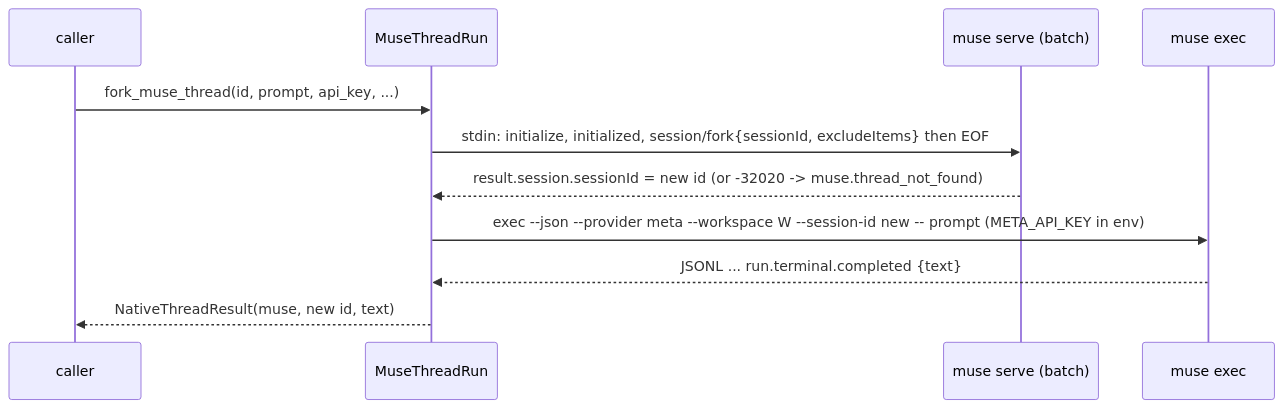
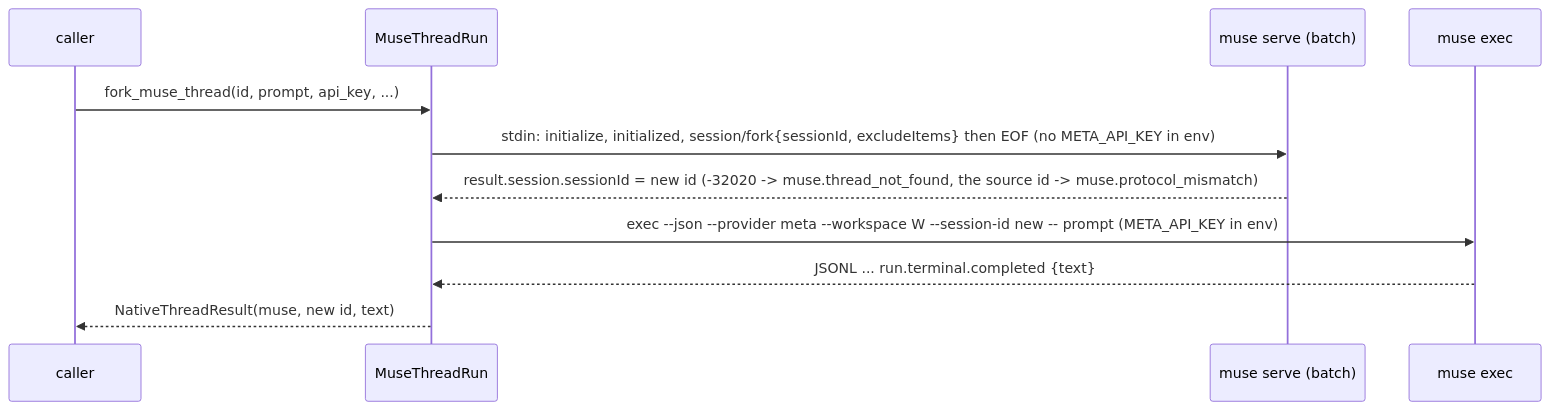
The second of 2 diagrams in docs/spec/harness-thread-functions/spec.md (cerredz/Vidbyte-SDK), drawn with Mermaid before and after one commit. The commit also changed other lines of this file and 1 other file, not shown here.

Commit message:
docs(spec): revise harness-thread-functions spec r4 (S2 consistency fixes)

````diff
--- a/docs/spec/harness-thread-functions/spec.md
+++ b/docs/spec/harness-thread-functions/spec.md
@@ -113,13 +113,13 @@
 ```mermaid
 sequenceDiagram
   participant C as caller
   participant M as MuseThreadRun
   participant S as muse serve (batch)
   participant E as muse exec
   C->>M: fork_muse_thread(id, prompt, api_key, ...)
-  M->>S: stdin: initialize, initialized, session/fork{sessionId, excludeItems} then EOF
-  S-->>M: result.session.sessionId = new id (or -32020 -> muse.thread_not_found)
+  M->>S: stdin: initialize, initialized, session/fork{sessionId, excludeItems} then EOF (no META_API_KEY in env)
+  S-->>M: result.session.sessionId = new id (-32020 -> muse.thread_not_found, the source id -> muse.protocol_mismatch)
   M->>E: exec --json --provider meta --workspace W --session-id new -- prompt (META_API_KEY in env)
   E-->>M: JSONL ... run.terminal.completed {text}
   M-->>C: NativeThreadResult(muse, new id, text)
 ```
````
